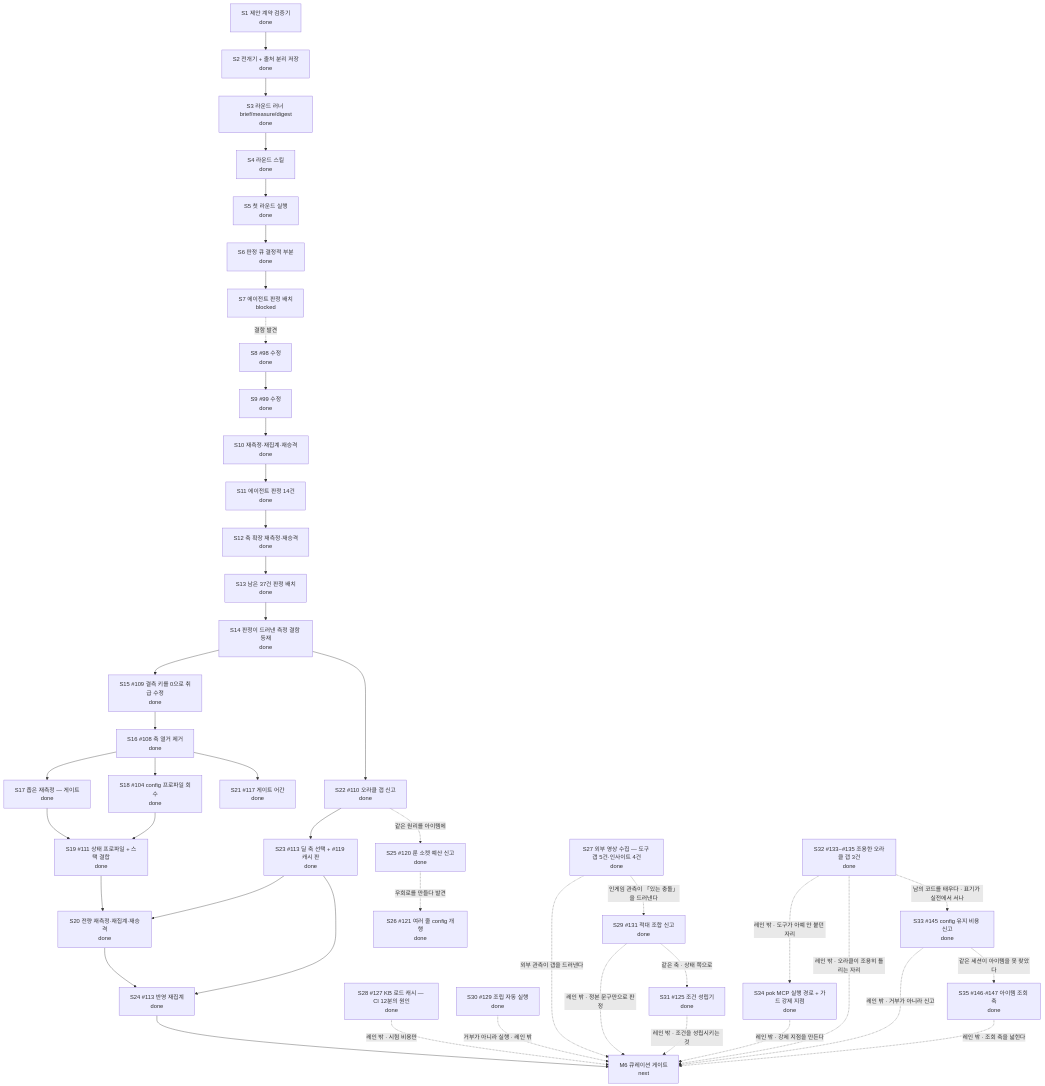
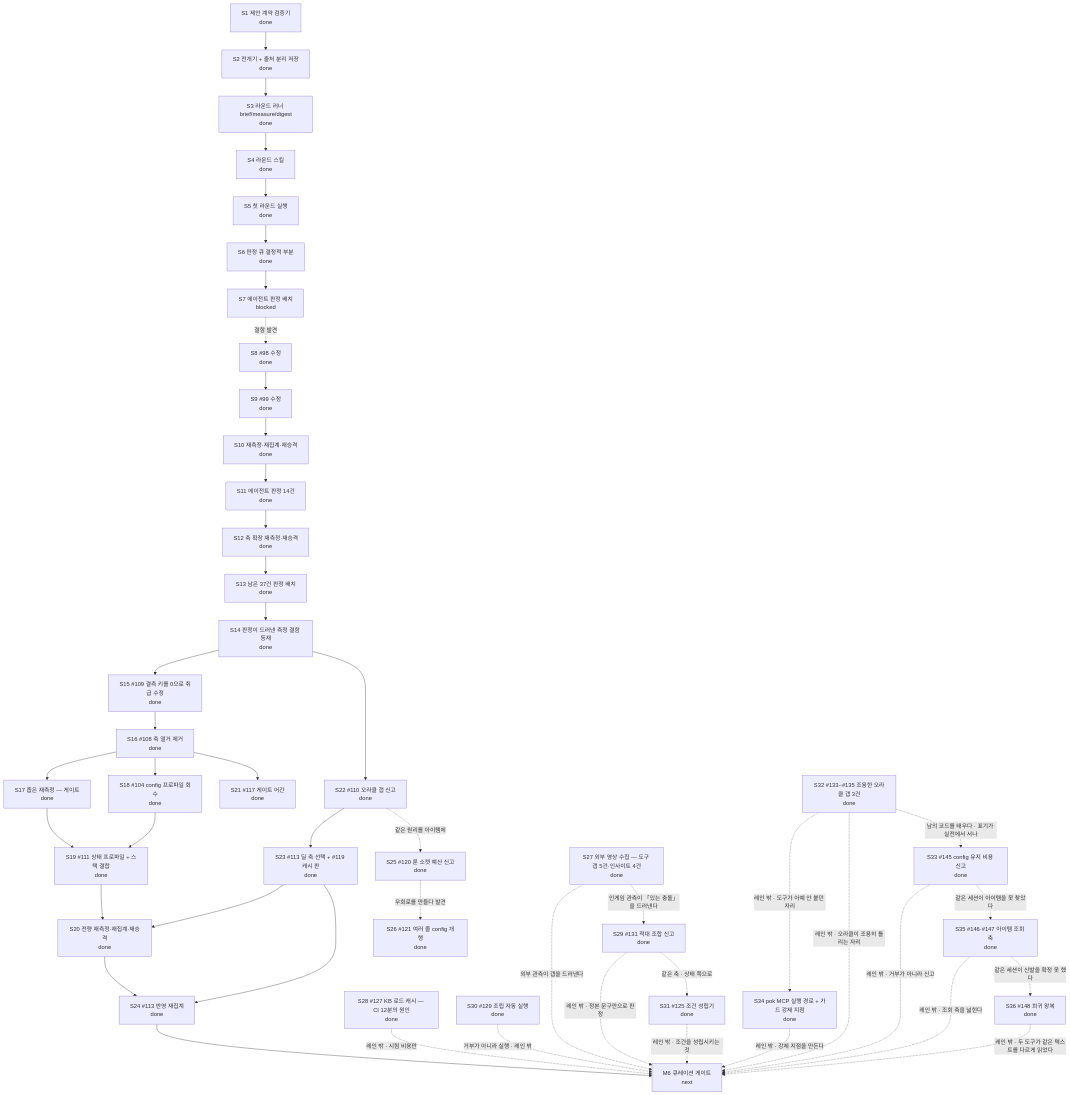
Before and after one commit to skerfolg/poe2-ai-wiki: the diagram in docs/CURRENT-PLAN.md, drawn with Mermaid. The commit also changed other lines of this file and 7 other files, not shown here.

````diff
--- a/docs/CURRENT-PLAN.md
+++ b/docs/CURRENT-PLAN.md
@@ -23,65 +23,68 @@
 ```mermaid
 flowchart TD
   CONTRACT[S1 제안 계약 검증기<br/>done]
   FLOW[S2 전개기 + 출처 분리 저장<br/>done]
   ROUND[S3 라운드 러너 brief/measure/digest<br/>done]
   SKILL[S4 라운드 스킬<br/>done]
   FIRST[S5 첫 라운드 실행<br/>done]
   NECESS[S6 판정 큐 결정적 부분<br/>done]
   JUDGE[S7 에이전트 판정 배치<br/>blocked]
   FIX[S8 #98 수정<br/>done]
   REMEAS[S9 #99 수정<br/>done]
   REAGG[S10 재측정·재집계·재승격<br/>done]
   RESUME[S11 에이전트 판정 14건<br/>done]
   AXES[S12 축 확장 재측정·재승격<br/>done]
   NEXT2[S13 남은 37건 판정 배치<br/>done]
   DEF[S14 판정이 드러낸 측정 결함 등재<br/>done]
   FIXDELTA[S15 #109 결측 키를 0으로 취급 수정<br/>done]
   WIDEN[S16 #108 축 열거 제거<br/>done]
   NARROW[S17 좁은 재측정 — 게이트<br/>done]
   CFG[S18 #104 config 프로파일 회수<br/>done]
   CPL[S19 #111 상태 프로파일 + 스택 결합<br/>done]
   FULL[S20 전량 재측정·재집계·재승격<br/>done]
   STEM[S21 #117 게이트 어간<br/>done]
   ORACLE[S22 #110 오라클 갭 신고<br/>done]
   AXIS[S23 #113 딜 축 선택 + #119 캐시 판<br/>done]
   REAGG2[S24 #113 반영 재집계<br/>done]
   SOCKET[S25 #120 룬 소켓 예산 신고<br/>done]
   ATTR[S26 #121 여러 줄 config 개행<br/>done]
   EXT[S27 외부 영상 수집 — 도구 갭 5건·인사이트 4건<br/>done]
   CI[S28 #127 KB 로드 캐시 — CI 12분의 원인<br/>done]
   ANTAG[S29 #131 적대 조합 신고<br/>done]
   FILL[S30 #129 조립 자동 실행<br/>done]
   ENAB[S31 #125 조건 성립기<br/>done]
   SILENT[S32 #133~#135 조용한 오라클 갭 3건<br/>done]
   UPKEEP[S33 #145 config 유지 비용 신고<br/>done]
   MCPFIX[S34 pok MCP 실행 경로 + 가드 강제 지점<br/>done]
   ITEMQ[S35 #146·#147 아이템 조회 축<br/>done]
+  RARERT[S36 #148 희귀 왕복<br/>done]
   M6[M6 큐레이션 게이트<br/>next]
   CONTRACT --> FLOW --> ROUND --> SKILL --> FIRST --> NECESS --> JUDGE
   JUDGE -. 결함 발견 .-> FIX --> REMEAS --> REAGG --> RESUME --> AXES --> NEXT2
   NEXT2 --> DEF --> FIXDELTA --> WIDEN --> NARROW --> CPL --> FULL
   WIDEN --> CFG --> CPL
   WIDEN --> STEM
   DEF --> ORACLE
   ORACLE --> AXIS --> FULL
   FULL --> REAGG2
   AXIS --> REAGG2
   REAGG2 --> M6
   ORACLE -. 같은 원리를 아이템에 .-> SOCKET
   SOCKET -. 우회로를 만들다 발견 .-> ATTR
   EXT -. 외부 관측이 갭을 드러낸다 .-> M6
   CI -. 레인 밖 · 시험 비용만 .-> M6
   EXT -. 인게임 관측이 「있는 충돌」을 드러낸다 .-> ANTAG
   ANTAG -. 레인 밖 · 정본 문구만으로 판정 .-> M6
   FILL -. 거부가 아니라 실행 · 레인 밖 .-> M6
   ANTAG -. 같은 축 · 상태 쪽으로 .-> ENAB
   ENAB -. 레인 밖 · 조건을 성립시키는 것 .-> M6
   SILENT -. 레인 밖 · 도구가 아예 안 붙던 자리 .-> MCPFIX
   MCPFIX -. 레인 밖 · 강제 지점을 만든다 .-> M6
   SILENT -. 레인 밖 · 오라클이 조용히 틀리는 자리 .-> M6
   SILENT -. 남의 코드를 태우다 · 표기가 실전에서 서나 .-> UPKEEP
   UPKEEP -. 레인 밖 · 거부가 아니라 신고 .-> M6
   UPKEEP -. 같은 세션이 아이템을 못 찾았다 .-> ITEMQ
   ITEMQ -. 레인 밖 · 조회 축을 넓힌다 .-> M6
+  ITEMQ -. 같은 세션이 신발을 확정 못 했다 .-> RARERT
+  RARERT -. 레인 밖 · 두 도구가 같은 텍스트를 다르게 읽었다 .-> M6
 ```
````
